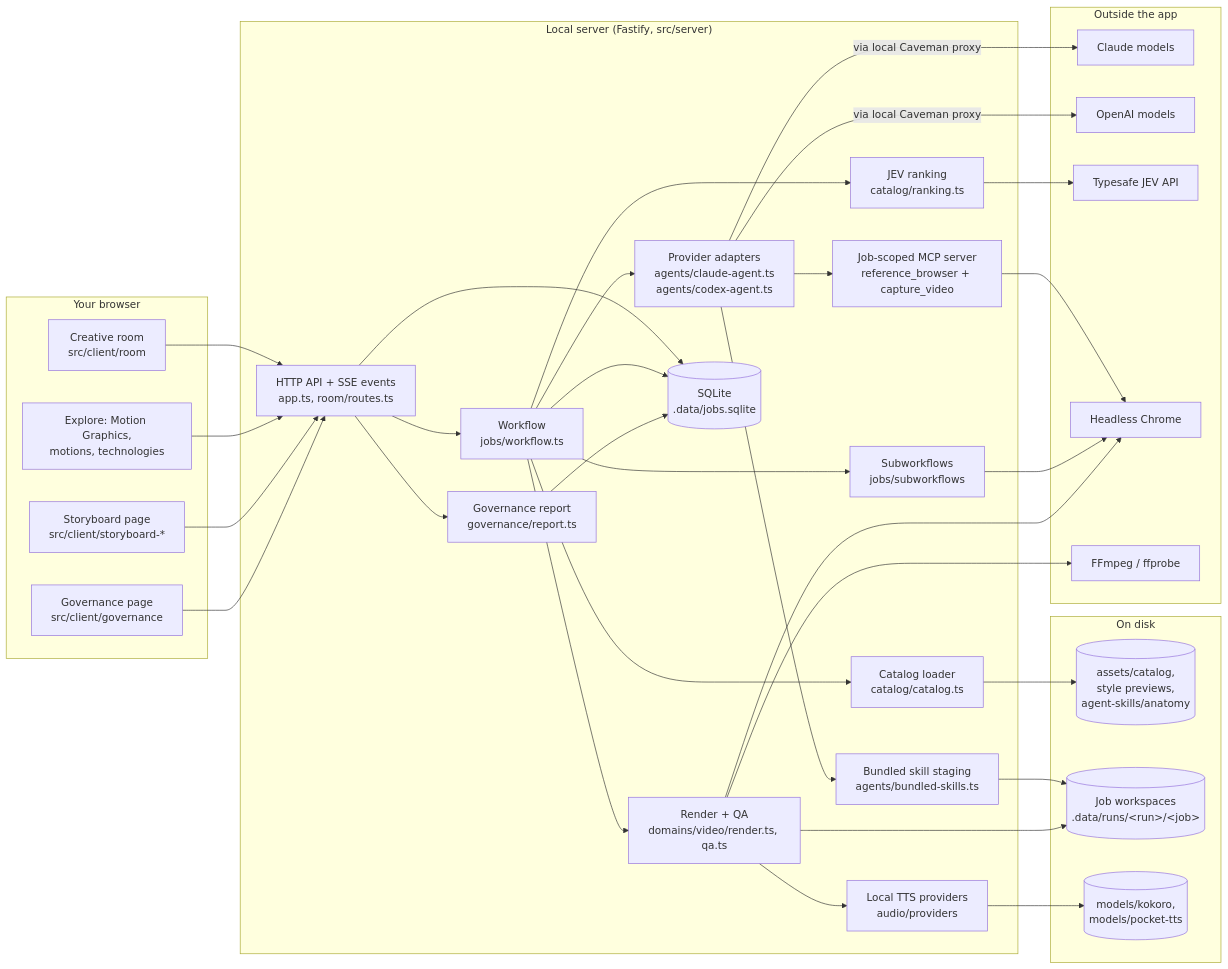
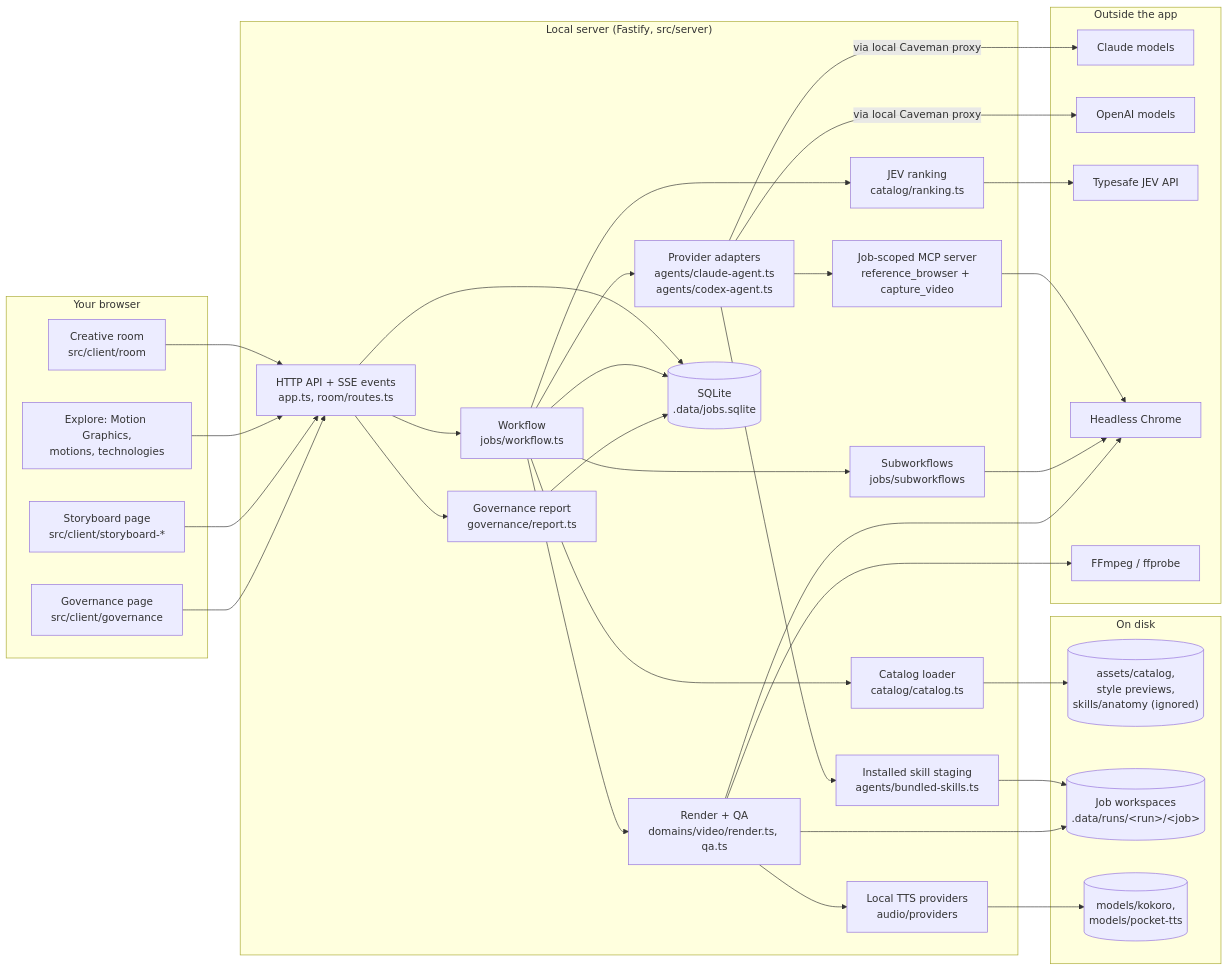
The first of 4 diagrams in docs/architecture.md (delexw/kiteva), drawn with Mermaid before and after one commit. The commit also changed other lines of this file and 295 other files, not shown here.

````diff
--- a/docs/architecture.md
+++ b/docs/architecture.md
@@ -16,67 +16,67 @@
 ```mermaid
 flowchart LR
   subgraph Browser["Your browser"]
     Room["Creative room<br/>src/client/room"]
     Galleries["Explore: Motion Graphics,<br/>motions, technologies"]
     Storyboard["Storyboard page<br/>src/client/storyboard-*"]
     Gov["Governance page<br/>src/client/governance"]
   end
 
   subgraph Server["Local server (Fastify, src/server)"]
     API["HTTP API + SSE events<br/>app.ts, room/routes.ts"]
     WF["Workflow<br/>jobs/workflow.ts"]
     Sub["Subworkflows<br/>jobs/subworkflows"]
     Catalog["Catalog loader<br/>catalog/catalog.ts"]
     Rank["JEV ranking<br/>catalog/ranking.ts"]
     Providers["Provider adapters<br/>agents/claude-agent.ts<br/>agents/codex-agent.ts"]
-    Skills["Bundled skill staging<br/>agents/bundled-skills.ts"]
+    Skills["Installed skill staging<br/>agents/bundled-skills.ts"]
     RefMCP["Job-scoped MCP server<br/>reference_browser + capture_video"]
     Render["Render + QA<br/>domains/video/render.ts, qa.ts"]
     Speech["Local TTS providers<br/>audio/providers"]
     Store[("SQLite<br/>.data/jobs.sqlite")]
     GovR["Governance report<br/>governance/report.ts"]
   end
 
   subgraph Local["On disk"]
-    Assets[("assets/catalog,<br/>style previews,<br/>agent-skills/anatomy")]
+    Assets[("assets/catalog,<br/>style previews,<br/>skills/anatomy (ignored)")]
     Work[("Job workspaces<br/>.data/runs/&lt;run&gt;/&lt;job&gt;")]
     Models[("models/kokoro,<br/>models/pocket-tts")]
   end
 
   subgraph External["Outside the app"]
     Claude["Claude models"]
     Codex["OpenAI models"]
     JEV["Typesafe JEV API"]
     Chrome["Headless Chrome"]
     FF["FFmpeg / ffprobe"]
   end
 
   Room --> API
   Galleries --> API
   Storyboard --> API
   Gov --> API
   API --> WF
   API --> Store
   API --> GovR
   WF --> Catalog
   WF --> Rank
   WF --> Sub
   WF --> Providers
   WF --> Render
   WF --> Store
   Catalog --> Assets
   Providers --> Skills
   Skills --> Work
   Providers --> RefMCP
   Providers -- "via local Caveman proxy" --> Claude
   Providers -- "via local Caveman proxy" --> Codex
   Rank --> JEV
   RefMCP --> Chrome
   Sub --> Chrome
   Render --> Chrome
   Render --> FF
   Render --> Speech
   Speech --> Models
   Render --> Work
   GovR --> Store
 ```
````
